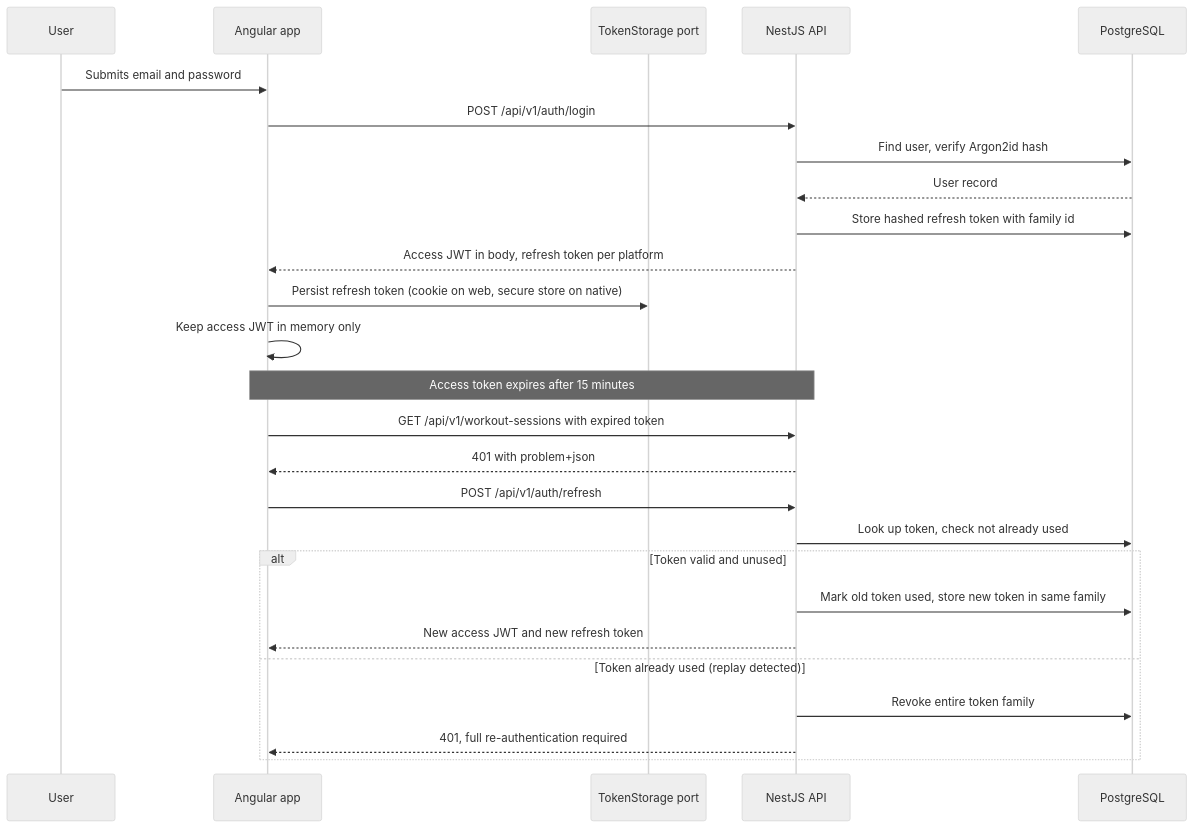
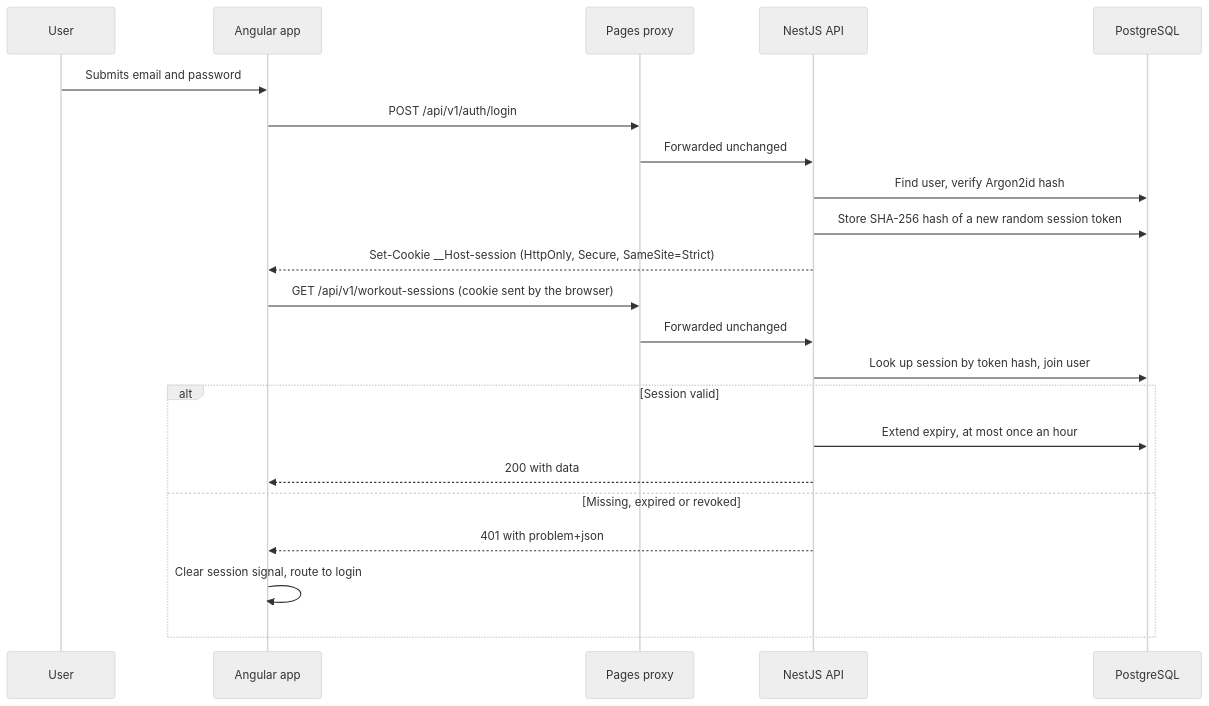
Before and after one commit to pibloo94/my-fit-track: the second of 4 diagrams in docs/ARCHITECTURE.md, drawn with Mermaid (neutral theme). The commit also changed other lines of this file and 15 other files, not shown here.

````diff
--- a/docs/ARCHITECTURE.md
+++ b/docs/ARCHITECTURE.md
@@ -162,31 +166,26 @@
 ```mermaid
 sequenceDiagram
   participant U as User
   participant A as Angular app
-  participant S as TokenStorage port
+  participant P as Pages proxy
   participant API as NestJS API
   participant DB as PostgreSQL
 
   U->>A: Submits email and password
-  A->>API: POST /api/v1/auth/login
+  A->>P: POST /api/v1/auth/login
+  P->>API: Forwarded unchanged
   API->>DB: Find user, verify Argon2id hash
-  DB-->>API: User record
-  API->>DB: Store hashed refresh token with family id
-  API-->>A: Access JWT in body, refresh token per platform
-  A->>S: Persist refresh token (cookie on web, secure store on native)
-  A->>A: Keep access JWT in memory only
+  API->>DB: Store SHA-256 hash of a new random session token
+  API-->>A: Set-Cookie __Host-session (HttpOnly, Secure, SameSite=Strict)
 
-  Note over A,API: Access token expires after 15 minutes
-
-  A->>API: GET /api/v1/workout-sessions with expired token
-  API-->>A: 401 with problem+json
-  A->>API: POST /api/v1/auth/refresh
-  API->>DB: Look up token, check not already used
-  alt Token valid and unused
-    API->>DB: Mark old token used, store new token in same family
-    API-->>A: New access JWT and new refresh token
-  else Token already used (replay detected)
-    API->>DB: Revoke entire token family
-    API-->>A: 401, full re-authentication required
+  A->>P: GET /api/v1/workout-sessions (cookie sent by the browser)
+  P->>API: Forwarded unchanged
+  API->>DB: Look up session by token hash, join user
+  alt Session valid
+    API->>DB: Extend expiry, at most once an hour
+    API-->>A: 200 with data
+  else Missing, expired or revoked
+    API-->>A: 401 with problem+json
+    A->>A: Clear session signal, route to login
   end
 ```
````
